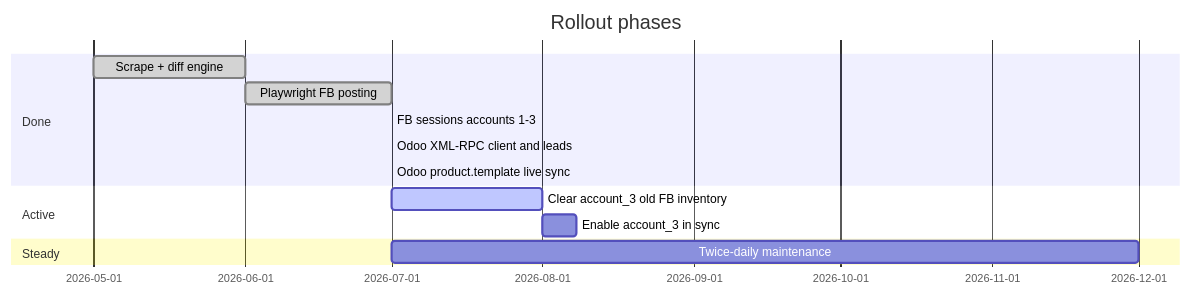
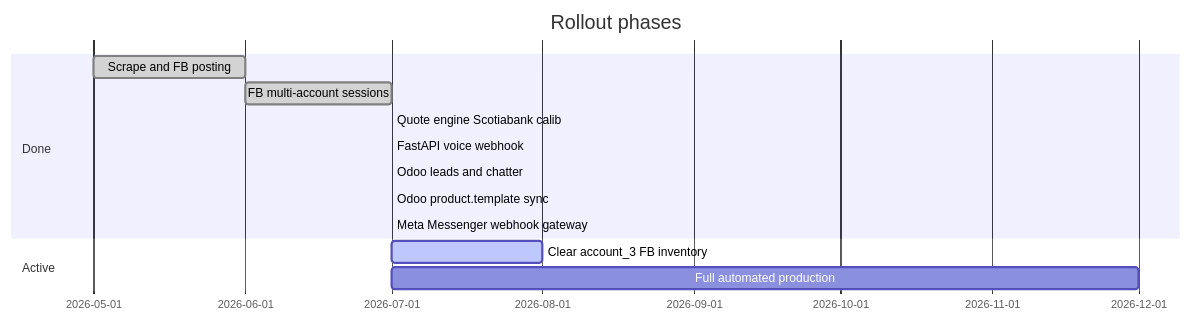
One commit to mg22mex/auto-upload changed the second of 2 diagrams in README.md. Above: the diagram before and after it, drawn with Mermaid. The commit also changed other lines of this file and 8 other files, not shown here.

First line of the commit message:
Add Meta Messenger webhook gateway and document Phase 2 channels.

````diff
--- a/README.md
+++ b/README.md
@@ -135,16 +151,16 @@
 ```mermaid
 gantt
     title Rollout phases
     dateFormat YYYY-MM
     section Done
-        Scrape + diff engine              :done, p0, 2026-05, 2026-06
-        Playwright FB posting             :done, p2, 2026-06, 2026-07
-        FB sessions accounts 1-3          :done, p2b, 2026-07, 2026-07
-        Odoo XML-RPC client and leads     :done, p2c, 2026-07, 2026-07
-        Odoo product.template live sync   :done, p2d, 2026-07, 2026-07
+        Scrape and FB posting             :done, p0, 2026-05, 2026-06
+        FB multi-account sessions         :done, p1, 2026-06, 2026-07
+        Quote engine Scotiabank calib     :done, p2a, 2026-07, 2026-07
+        FastAPI voice webhook             :done, p2b, 2026-07, 2026-07
+        Odoo leads and chatter            :done, p2c, 2026-07, 2026-07
+        Odoo product.template sync        :done, p2d, 2026-07, 2026-07
+        Meta Messenger webhook gateway    :done, p2e, 2026-07, 2026-07
     section Active
-        Clear account_3 old FB inventory  :active, p2e, 2026-07, 2026-08
-        Enable account_3 in sync          :p2f, after p2e, 7d
-    section Steady
-        Twice-daily maintenance           :p3, 2026-07, 2026-12
+        Clear account_3 FB inventory      :active, p3a, 2026-07, 2026-08
+        Full automated production         :p3b, 2026-07, 2026-12
 ```
````
